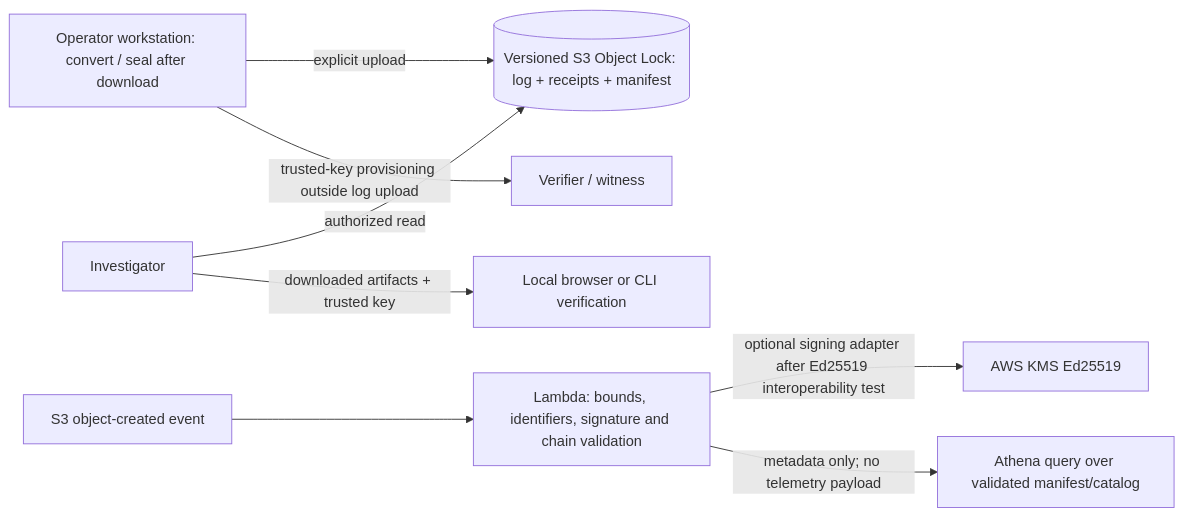
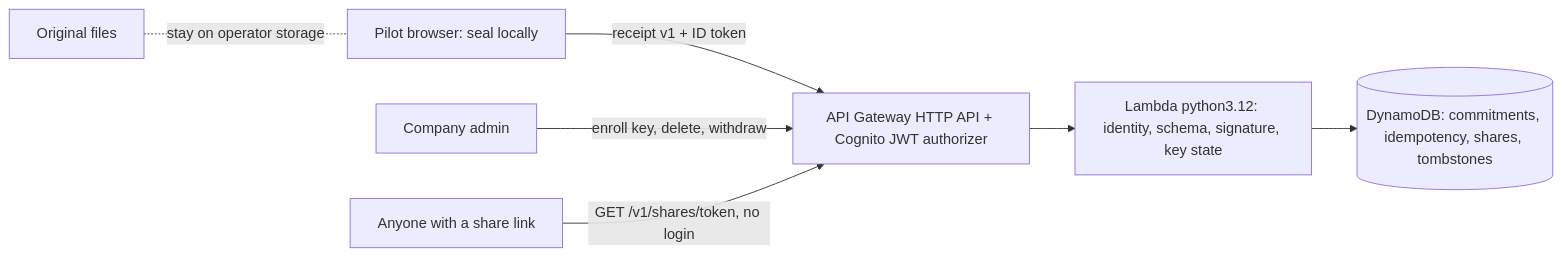
The second of 3 diagrams in ARCHITECTURE.md (anirudh763/flightseal), drawn with Mermaid before and after one commit. The commit also changed other lines of this file and 3 other files, not shown here.

First line of the commit message:
docs(architecture): finalize HashWing AWS spine; repoint ARCHITECTURE.md to the receipt registry

````diff
--- a/ARCHITECTURE.md
+++ b/ARCHITECTURE.md
@@ -53,10 +59,9 @@
 ```mermaid
 flowchart LR
-  O[Operator workstation: convert / seal after download] -->|explicit upload| S3[(Versioned S3 Object Lock: log + receipts + manifest)]
-  O -->|trusted-key provisioning outside log upload| T[Verifier / witness]
-  E[S3 object-created event] --> L[Lambda: bounds, identifiers, signature and chain validation]
-  L -->|optional signing adapter after Ed25519 interoperability test| K[AWS KMS Ed25519]
-  L -->|metadata only; no telemetry payload| A[Athena query over validated manifest/catalog]
-  V[Investigator] -->|authorized read| S3
-  V -->|downloaded artifacts + trusted key| B[Local browser or CLI verification]
+  P[Pilot browser: seal locally] -->|receipt v1 + ID token| G[API Gateway HTTP API + Cognito JWT authorizer]
+  A[Company admin] -->|enroll key, delete, withdraw| G
+  V[Anyone with a share link] -->|GET /v1/shares/token, no login| G
+  G --> L[Lambda python3.12: identity, schema, signature, key state]
+  L --> D[(DynamoDB: commitments, idempotency, shares, tombstones)]
+  F[Original files] -. stay on operator storage .- P
 ```
````
